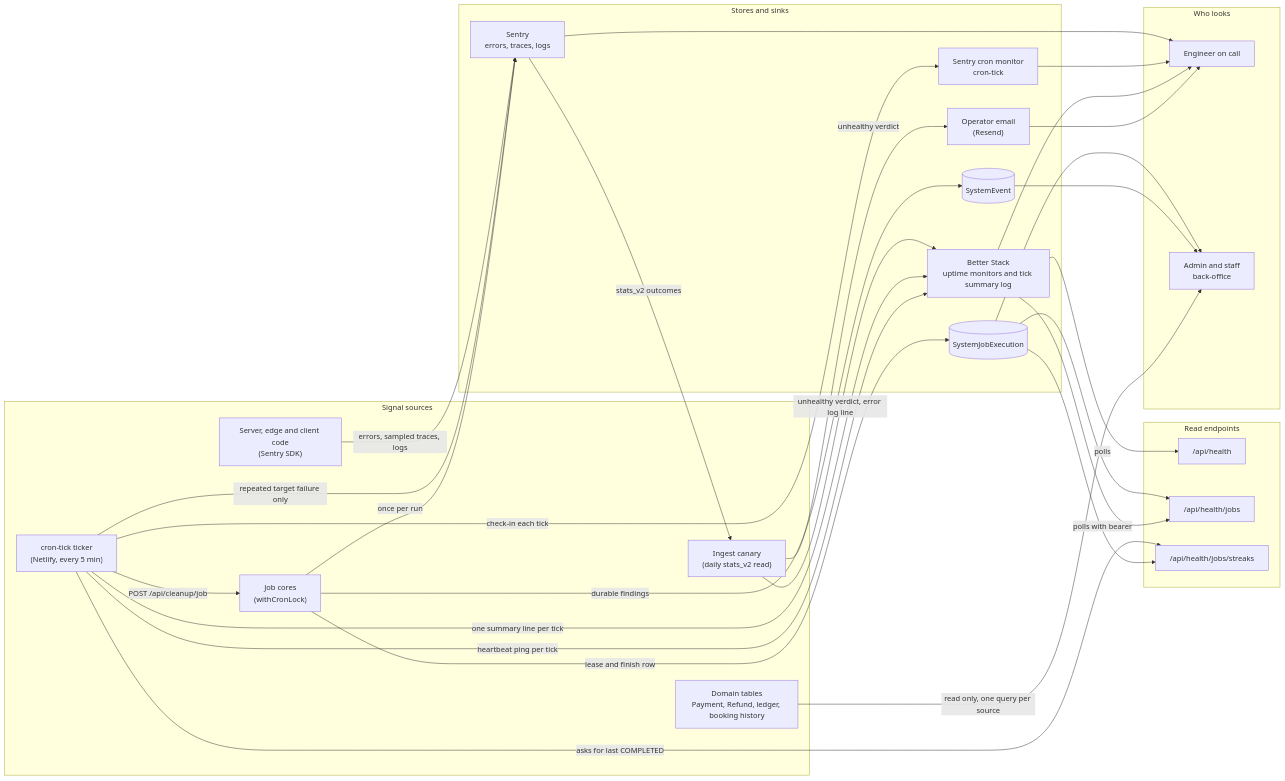
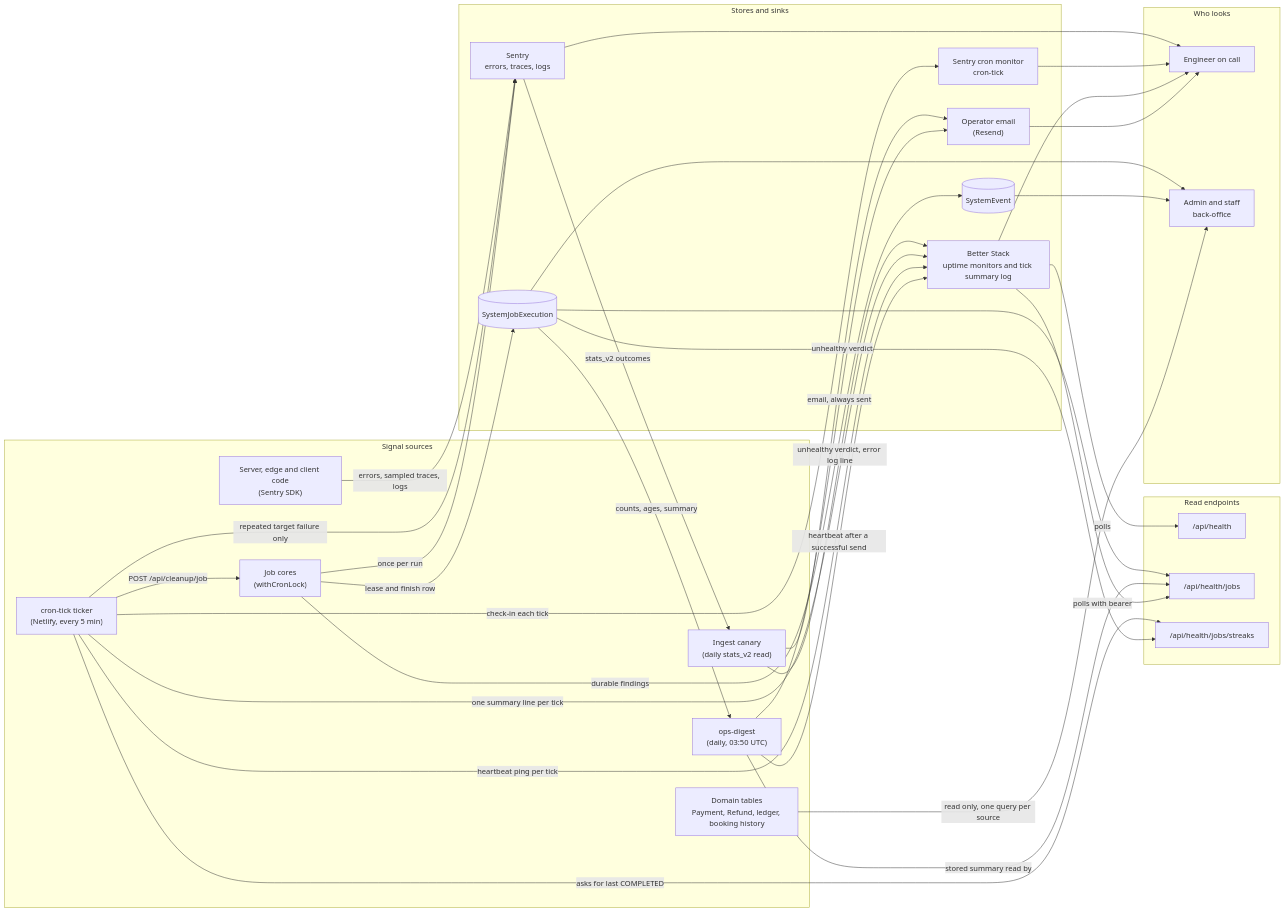
Before and after one commit to Practitionist/familiarise_web: the diagram in docs/observability/00-system-design.md, drawn with Mermaid. The commit also changed other lines of this file and 28 other files, not shown here.

Commit message:
docs(cron): ops digest, release lag and Actions-only heartbeat across docs and skills

````diff
--- a/docs/observability/00-system-design.md
+++ b/docs/observability/00-system-design.md
@@ -28,55 +39,60 @@
 ```mermaid
 flowchart LR
     subgraph Sources["Signal sources"]
         APP["Server, edge and client code<br/>(Sentry SDK)"]
         CANARY["Ingest canary<br/>(daily stats_v2 read)"]
+        DIGEST["ops-digest<br/>(daily, 03:50 UTC)"]
         TICK["cron-tick ticker<br/>(Netlify, every 5 min)"]
         JOBS["Job cores<br/>(withCronLock)"]
         DOMAIN["Domain tables<br/>Payment, Refund, ledger, booking history"]
     end
 
     subgraph Stores["Stores and sinks"]
         SENTRY["Sentry<br/>errors, traces, logs"]
         MONITOR["Sentry cron monitor<br/>cron-tick"]
         BS["Better Stack<br/>uptime monitors and tick summary log"]
         SJE[("SystemJobExecution")]
         SE[("SystemEvent")]
         MAIL["Operator email<br/>(Resend)"]
     end
 
     subgraph Probes["Read endpoints"]
         H1["/api/health"]
         H2["/api/health/jobs"]
         H3["/api/health/jobs/streaks"]
     end
 
     subgraph Humans["Who looks"]
         ENG["Engineer on call"]
         OPS["Admin and staff<br/>back-office"]
     end
 
     APP -->|errors, sampled traces, logs| SENTRY
     SENTRY -->|stats_v2 outcomes| CANARY
     CANARY -->|unhealthy verdict| MAIL
     CANARY -->|unhealthy verdict, error log line| BS
     TICK -->|check-in each tick| MONITOR
     TICK -->|one summary line per tick| BS
     TICK -->|heartbeat ping per tick| BS
     TICK -->|repeated target failure only| SENTRY
     TICK -->|asks for last COMPLETED| H3
     TICK -->|POST /api/cleanup/job| JOBS
     JOBS -->|lease and finish row| SJE
+    SJE -->|counts, ages, summary| DIGEST
+    DIGEST -->|email, always sent| MAIL
+    DIGEST -->|heartbeat after a successful send| BS
     JOBS -->|durable findings| SE
     JOBS -->|once per run| SENTRY
     SJE --> H2
+    DIGEST -->|stored summary read by| H2
     SJE --> H3
     BS -->|polls| H1
     BS -->|polls with bearer| H2
     SENTRY --> ENG
     MONITOR --> ENG
     BS --> ENG
     MAIL --> ENG
     SJE --> OPS
     SE --> OPS
     DOMAIN -->|read only, one query per source| OPS
 ```
````
